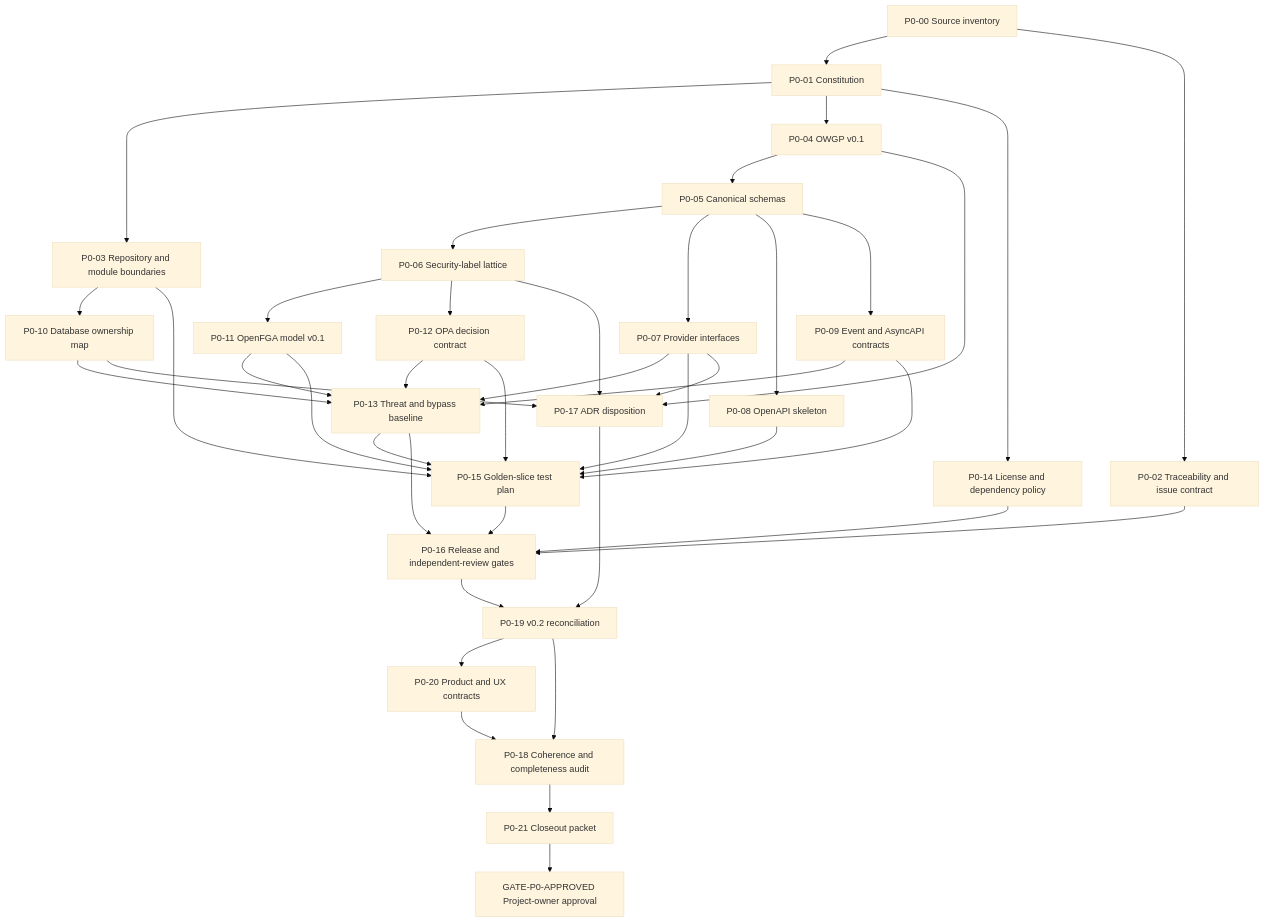
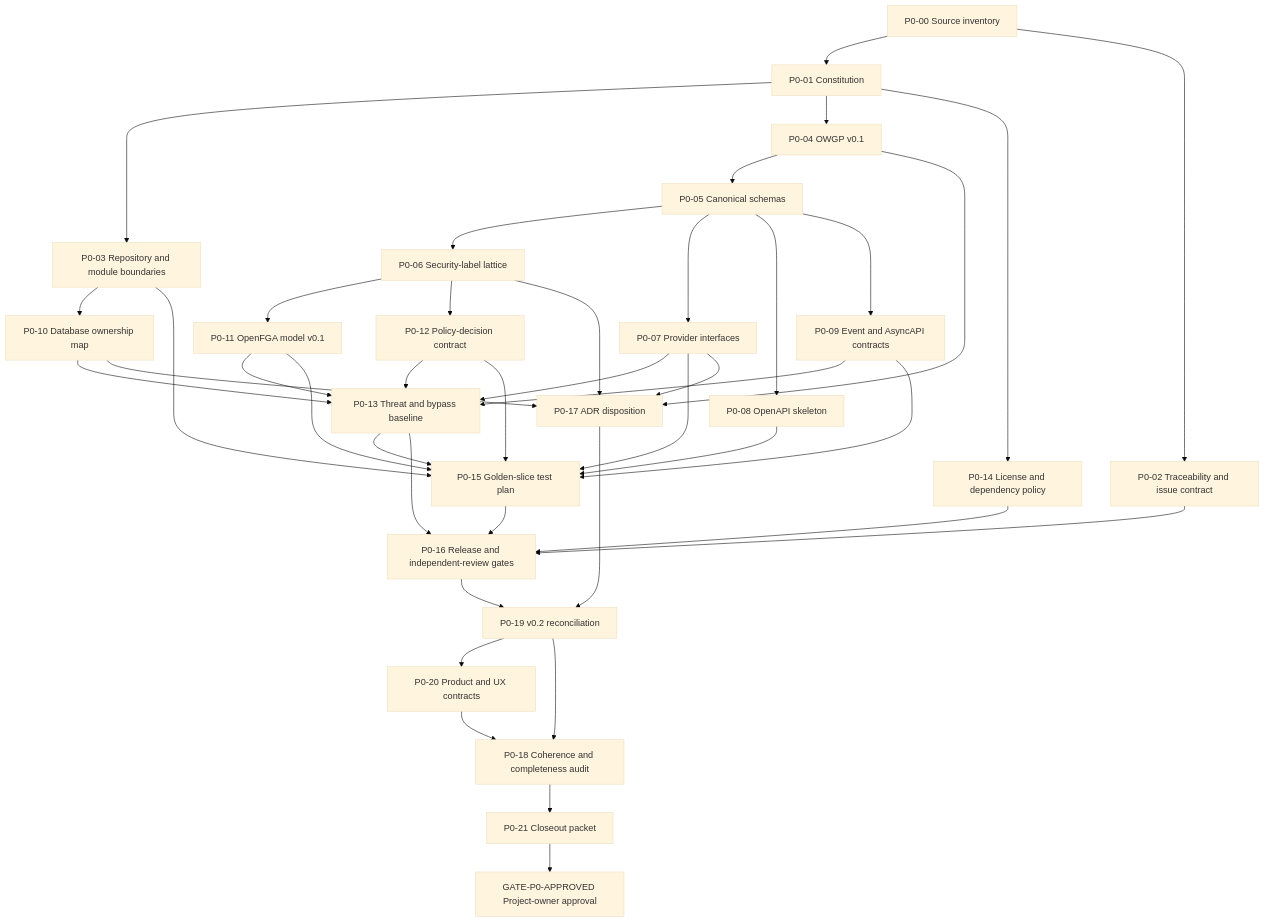
One commit to ScottTpirate/stead changed the diagram in docs/planning/phase-0-artifact-backlog.md. Above: the diagram before and after it, drawn with Mermaid (base theme). The commit also changed other lines of this file and 39 other files, not shown here.

````diff
--- a/docs/planning/phase-0-artifact-backlog.md
+++ b/docs/planning/phase-0-artifact-backlog.md
@@ -10,43 +10,43 @@
 ```mermaid
 flowchart TD
   P000[P0-00 Source inventory] --> P001[P0-01 Constitution]
   P000 --> P002[P0-02 Traceability and issue contract]
   P001 --> P003[P0-03 Repository and module boundaries]
   P001 --> P004[P0-04 OWGP v0.1]
   P004 --> P005[P0-05 Canonical schemas]
   P005 --> P006[P0-06 Security-label lattice]
   P005 --> P007[P0-07 Provider interfaces]
   P005 --> P008[P0-08 OpenAPI skeleton]
   P005 --> P009[P0-09 Event and AsyncAPI contracts]
   P003 --> P010[P0-10 Database ownership map]
   P006 --> P011[P0-11 OpenFGA model v0.1]
-  P006 --> P012[P0-12 OPA decision contract]
+  P006 --> P012[P0-12 Policy-decision contract]
   P007 --> P013[P0-13 Threat and bypass baseline]
   P009 --> P013
   P010 --> P013
   P011 --> P013
   P012 --> P013
   P001 --> P014[P0-14 License and dependency policy]
   P003 --> P015[P0-15 Golden-slice test plan]
   P007 --> P015
   P008 --> P015
   P009 --> P015
   P011 --> P015
   P012 --> P015
   P013 --> P015
   P002 --> P016[P0-16 Release and independent-review gates]
   P013 --> P016
   P014 --> P016
   P015 --> P016
   P004 --> P017[P0-17 ADR disposition]
   P006 --> P017
   P007 --> P017
   P010 --> P017
   P016 --> P019[P0-19 v0.2 reconciliation]
   P017 --> P019
   P019 --> P020[P0-20 Product and UX contracts]
   P019 --> P018[P0-18 Coherence and completeness audit]
   P020 --> P018
   P018 --> P021[P0-21 Closeout packet]
   P021 --> P0G[GATE-P0-APPROVED Project-owner approval]
 ```
````
